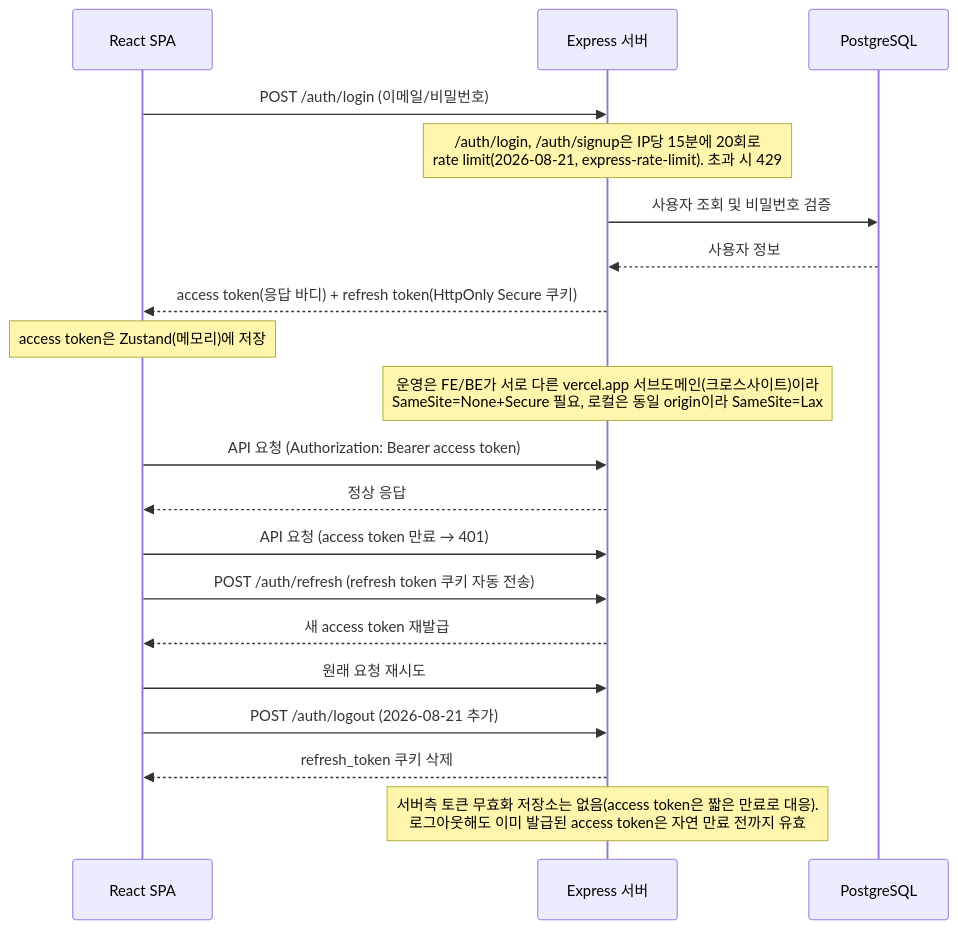
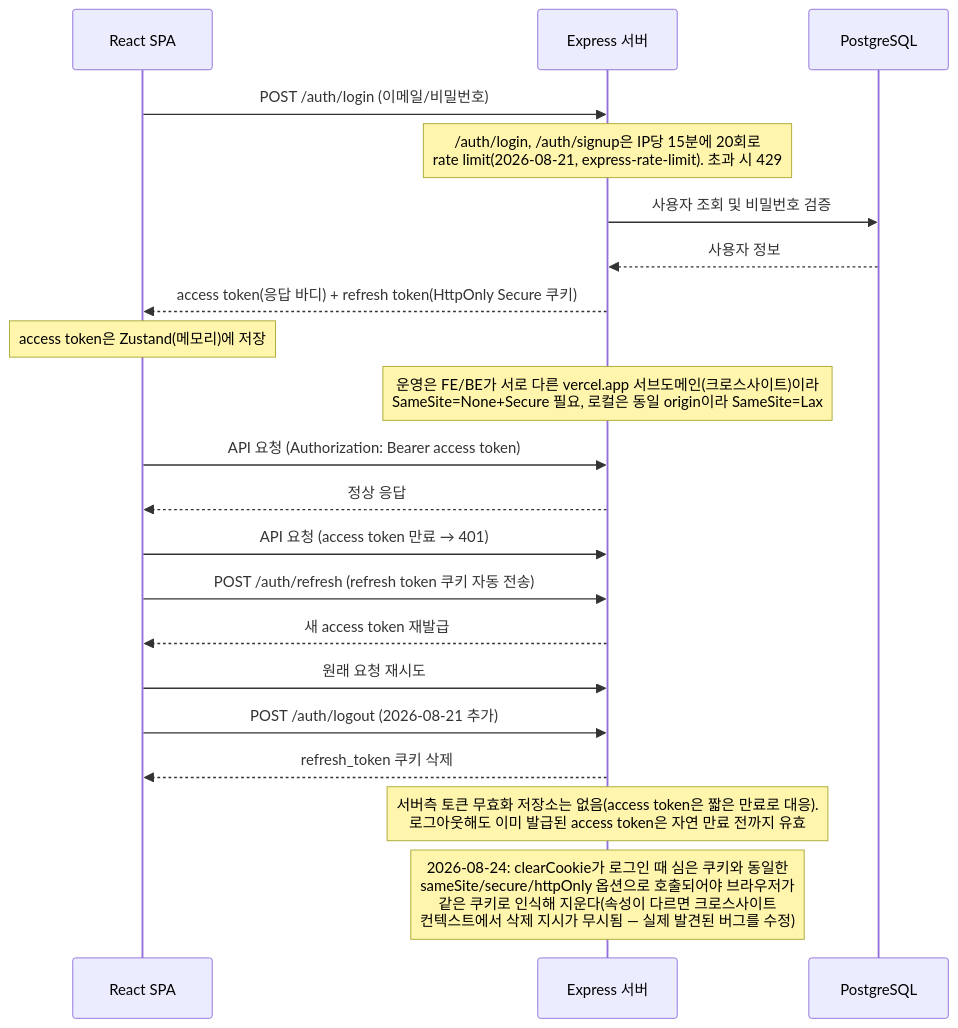
One commit to spongood99-spec/b2b-promo changed the second of 3 diagrams in docs/6-arch-diagram.md. Above: the diagram before and after it, drawn with Mermaid. The commit also changed other lines of this file and 28 other files, not shown here.

First line of the commit message:
Fix issues found in full 4-area regression E2E (flow/boundary/security/a11y)

````diff
--- a/docs/6-arch-diagram.md
+++ b/docs/6-arch-diagram.md
@@ -30,26 +30,27 @@
 ```mermaid
 sequenceDiagram
     participant C as React SPA
     participant S as Express 서버
     participant DB as PostgreSQL
 
     C->>S: POST /auth/login (이메일/비밀번호)
     Note over S: /auth/login, /auth/signup은 IP당 15분에 20회로<br/>rate limit(2026-08-21, express-rate-limit). 초과 시 429
     S->>DB: 사용자 조회 및 비밀번호 검증
     DB-->>S: 사용자 정보
     S-->>C: access token(응답 바디) + refresh token(HttpOnly Secure 쿠키)
     Note over C: access token은 Zustand(메모리)에 저장
     Note over S: 운영은 FE/BE가 서로 다른 vercel.app 서브도메인(크로스사이트)이라<br/>SameSite=None+Secure 필요, 로컬은 동일 origin이라 SameSite=Lax
 
     C->>S: API 요청 (Authorization: Bearer access token)
     S-->>C: 정상 응답
 
     C->>S: API 요청 (access token 만료 → 401)
     C->>S: POST /auth/refresh (refresh token 쿠키 자동 전송)
     S-->>C: 새 access token 재발급
     C->>S: 원래 요청 재시도
 
     C->>S: POST /auth/logout (2026-08-21 추가)
     S-->>C: refresh_token 쿠키 삭제
     Note over S: 서버측 토큰 무효화 저장소는 없음(access token은 짧은 만료로 대응).<br/>로그아웃해도 이미 발급된 access token은 자연 만료 전까지 유효
+    Note over S: 2026-08-24: clearCookie가 로그인 때 심은 쿠키와 동일한<br/>sameSite/secure/httpOnly 옵션으로 호출되어야 브라우저가<br/>같은 쿠키로 인식해 지운다(속성이 다르면 크로스사이트<br/>컨텍스트에서 삭제 지시가 무시됨 — 실제 발견된 버그를 수정)
 ```
````
